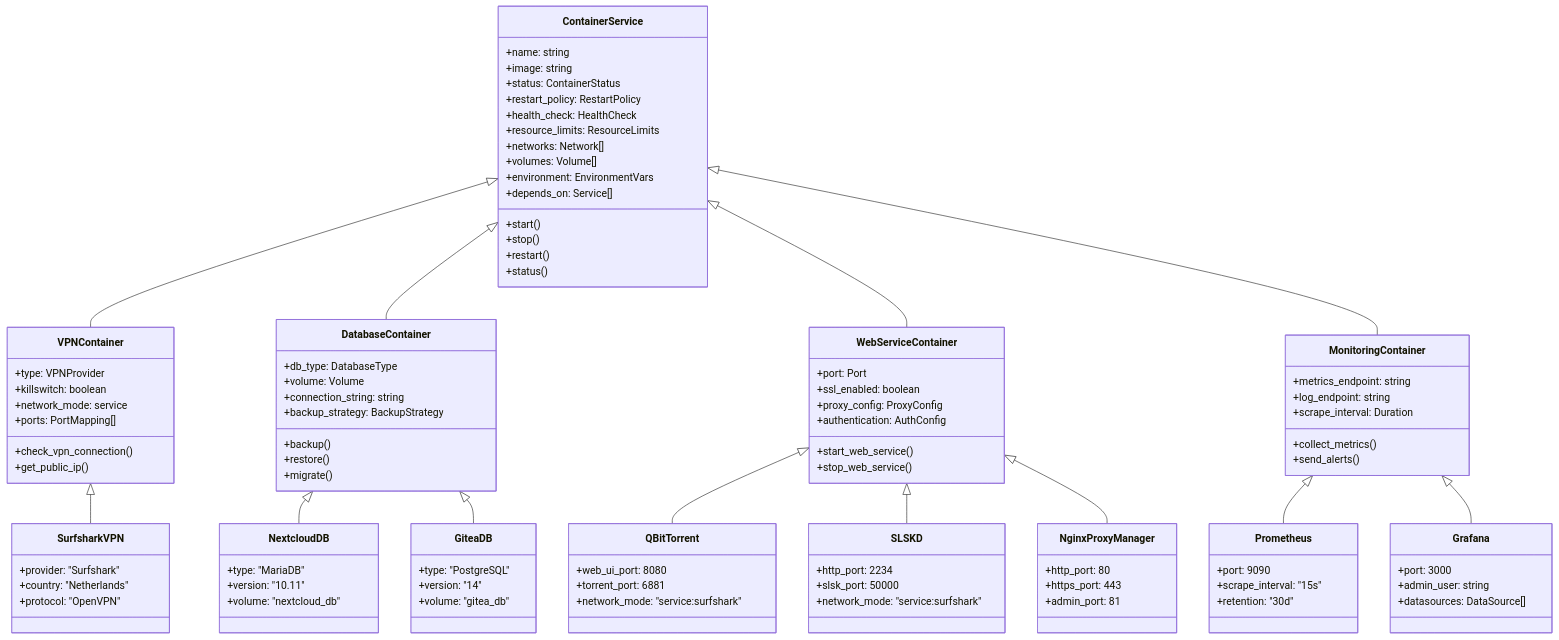
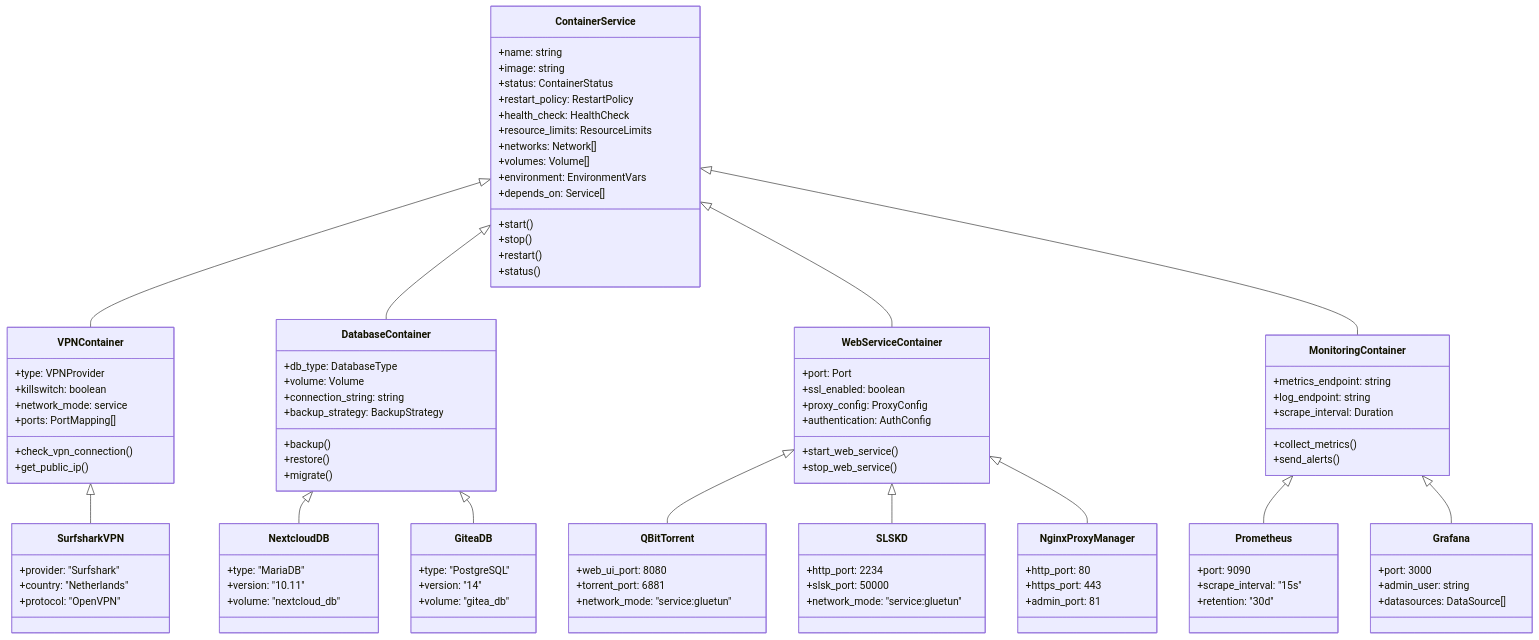
Before and after one commit to fishingpvalues/potatostack: the second of 10 diagrams in docs/SYSTEM_COMPONENT_DIAGRAMS.md, drawn with Mermaid. The commit also changed other lines of this file and 8 other files, not shown here.

Commit message:
Increase resource limits for services and update documentation to reflect changes in VPN service from Surfshark to Gluetun.

```diff
--- a/docs/SYSTEM_COMPONENT_DIAGRAMS.md
+++ b/docs/SYSTEM_COMPONENT_DIAGRAMS.md
@@ -174,13 +174,13 @@
     class QBitTorrent {
         +web_ui_port: 8080
         +torrent_port: 6881
-        +network_mode: "service:surfshark"
+        +network_mode: "service:gluetun"
     }
     
     class SLSKD {
         +http_port: 2234
         +slsk_port: 50000
-        +network_mode: "service:surfshark"
+        +network_mode: "service:gluetun"
     }
     
     class NextcloudDB {
```
